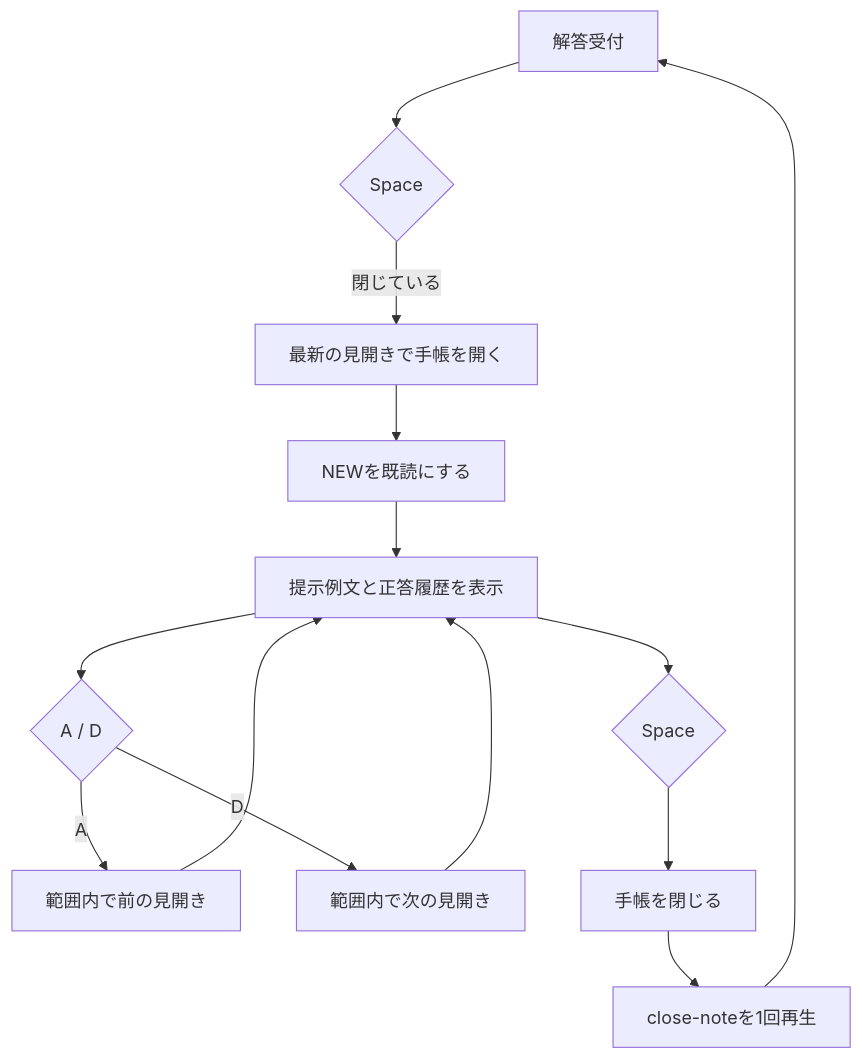
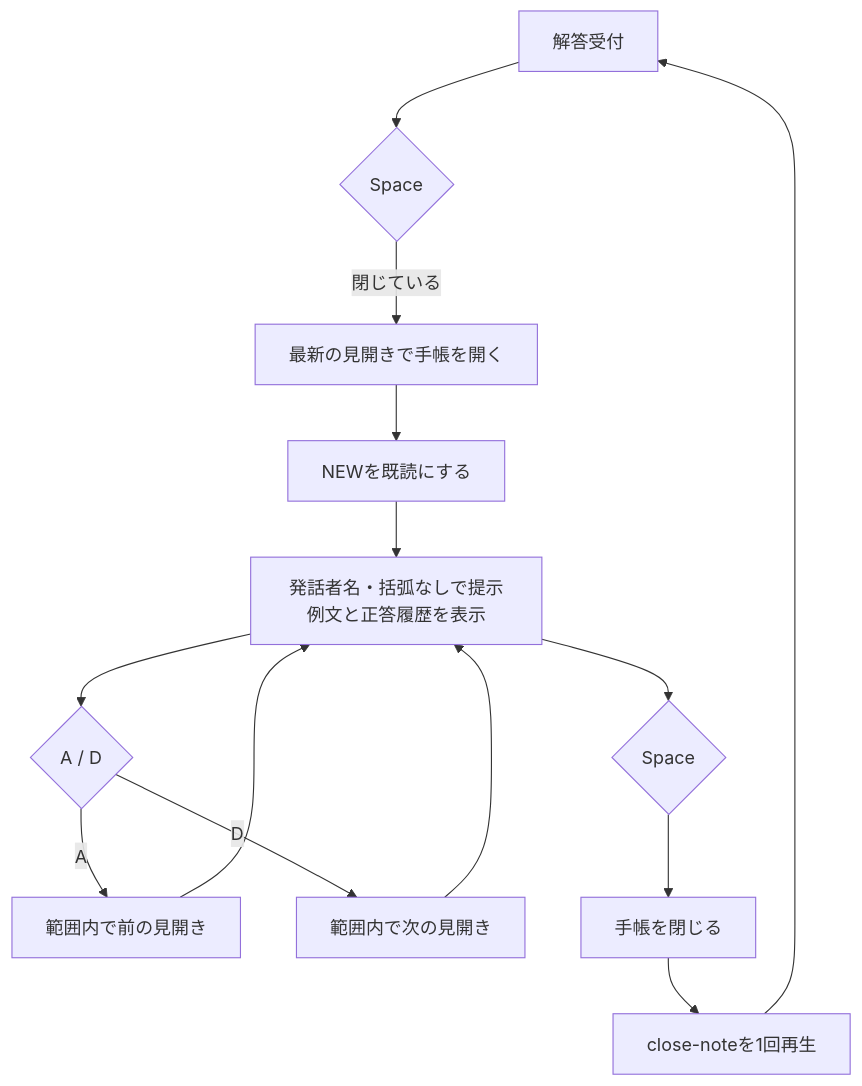
One commit to lycanthr0pes/language-deciphering-game changed the sixth of 13 diagrams in docs/project-flow.md. Above: the diagram before and after it, drawn with Mermaid. The commit also changed other lines of this file and 58 other files, not shown here.

````diff
--- a/docs/project-flow.md
+++ b/docs/project-flow.md
@@ -131,16 +138,16 @@
 ```mermaid
 flowchart TD
     A[解答受付] --> B{Space}
     B -->|閉じている| C[最新の見開きで手帳を開く]
     C --> D[NEWを既読にする]
-    D --> E[提示例文と正答履歴を表示]
+    D --> E[発話者名・括弧なしで提示例文と正答履歴を表示]
     E --> F{A / D}
     F -->|A| G[範囲内で前の見開き]
     F -->|D| H[範囲内で次の見開き]
     G --> E
     H --> E
     E --> I{Space}
     I --> J[手帳を閉じる]
     J --> K[close-noteを1回再生]
     K --> A
 ```
````
